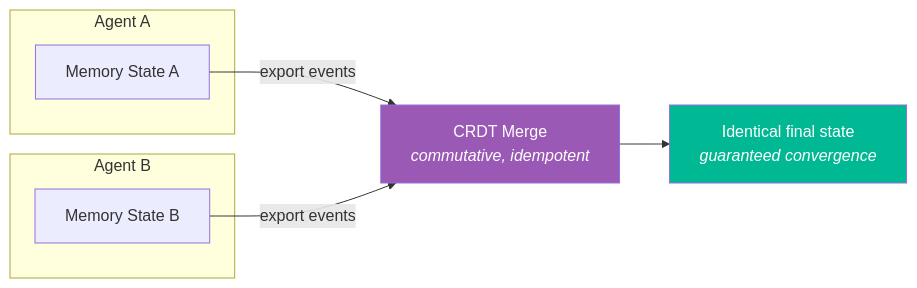
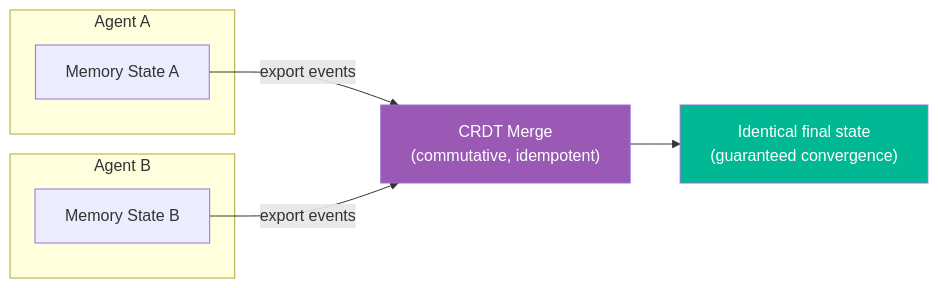
Before and after one commit to spectrayan/spector: the fourth of 5 diagrams in docs/docs/memory/sync.md, drawn with Mermaid. The commit also changed other lines of this file and 120 other files, not shown here.

````diff
--- a/docs/docs/memory/sync.md
+++ b/docs/docs/memory/sync.md
@@ -55,17 +145,17 @@
 ```mermaid
 flowchart LR
     subgraph "Agent A"
         WA["Memory State A"]
     end
 
     subgraph "Agent B"
         WB["Memory State B"]
     end
 
-    WA -->|"export events"| MERGE["CRDT Merge<br/><i>commutative, idempotent</i>"]
+    WA -->|"export events"| MERGE["CRDT Merge\n(commutative, idempotent)"]
     WB -->|"export events"| MERGE
-    MERGE --> CONVERGE["Identical final state<br/><i>guaranteed convergence</i>"]
+    MERGE --> CONVERGE["Identical final state\n(guaranteed convergence)"]
 
     style MERGE fill:#9b59b6,color:white
     style CONVERGE fill:#00b894,color:white
 ```
````
